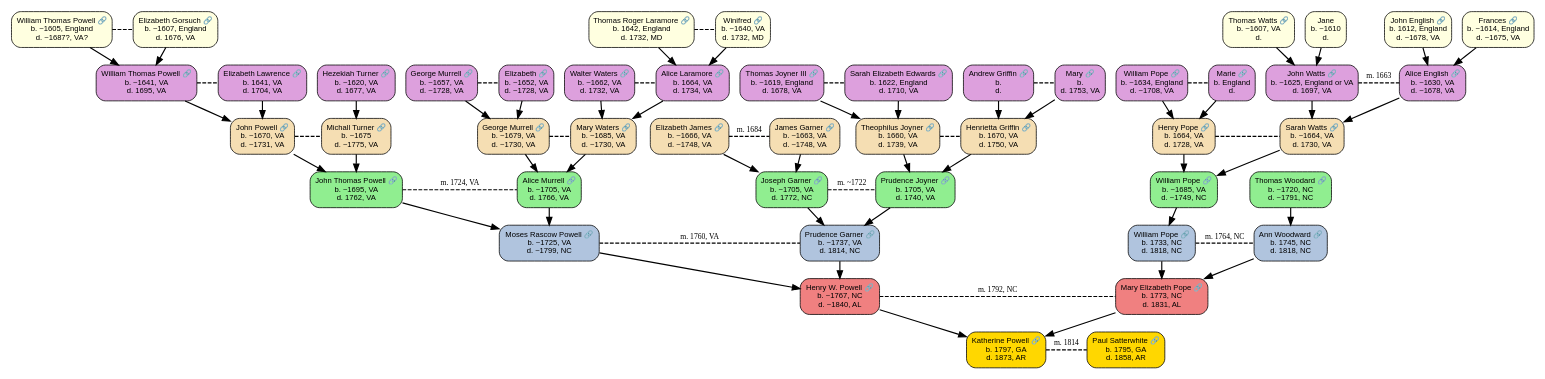
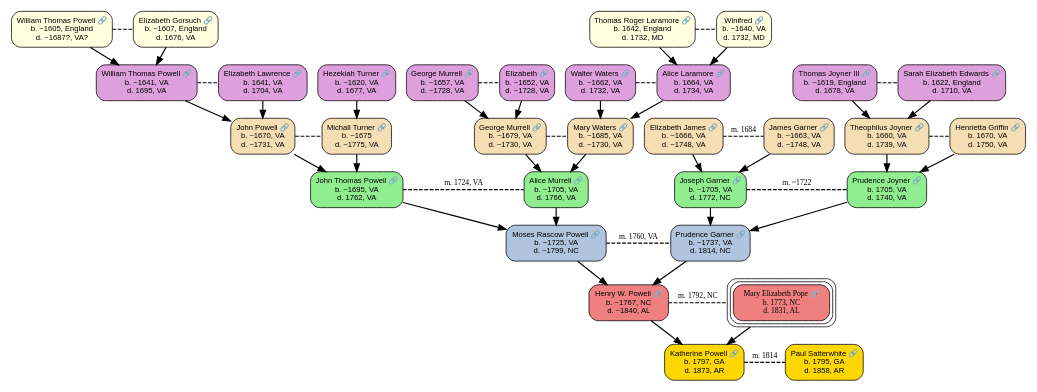
Before and after one commit to lchogal/Scott_line: the diagram in output/Scott_line_Powell_branch.dot, drawn with Graphviz. The commit also changed 11 other files, not shown here.

```diff
--- a/output/Scott_line_Powell_branch.dot
+++ b/output/Scott_line_Powell_branch.dot
@@ -12,17 +12,13 @@
     "G0_ME" [label="Katherine Powell 🔗\nb. 1797, GA\nd. 1873, AR", fillcolor="gold", style="filled,rounded", URL="https://www.wikitree.com/wiki/Powell-4847", target="_blank", tooltip=""];
     "G0_SPOUSE" [label="Paul Satterwhite 🔗\nb. 1795, GA\nd. 1858, AR", fillcolor="gold", style="filled,rounded", URL="https://ancestors.familysearch.org/en/G947-VZ1/capt.-paul-satterwhite-1795-1858", target="_blank", tooltip=""];
     "G1_FATHER" [label="Henry W. Powell 🔗\nb. ~1767, NC\nd. ~1840, AL", fillcolor="lightcoral", style="filled,rounded", URL="https://www.wikitree.com/wiki/Powell-2593", target="_blank", tooltip=""];
-    "G1_MOTHER" [label="Mary Elizabeth Pope 🔗\nb. 1773, NC\nd. 1831, AL", fillcolor="lightcoral", style="filled,rounded", URL="https://www.wikitree.com/wiki/Pope-1042", target="_blank", tooltip=""];
+    "G1_MOTHER" [label="Mary Elizabeth Pope 🔗\nb. 1773, NC\nd. 1831, AL", fillcolor="lightcoral", style="filled,rounded", peripheries=3, fontname="Arial Bold", URL="https://www.wikitree.com/wiki/Pope-1042", target="_blank", tooltip="", class="tree-connection"];
     "G2_PATERNAL_GF" [label="Moses Rascow Powell 🔗\nb. ~1725, VA\nd. ~1799, NC", fillcolor="lightsteelblue", style="filled,rounded", URL="https://www.wikitree.com/wiki/Powell-2608", target="_blank", tooltip=""];
     "G2_PATERNAL_GM" [label="Prudence Garner 🔗\nb. ~1737, VA\nd. 1814, NC", fillcolor="lightsteelblue", style="filled,rounded", URL="https://www.wikitree.com/wiki/Garner-1293", target="_blank", tooltip=""];
-    "G2_MATERNAL_GF" [label="William Pope 🔗\nb. 1733, NC\nd. 1818, NC", fillcolor="lightsteelblue", style="filled,rounded", URL="https://www.wikitree.com/wiki/Pope-4351", target="_blank", tooltip=""];
-    "G2_MATERNAL_GM" [label="Ann Woodward 🔗\nb. 1745, NC\nd. 1818, NC", fillcolor="lightsteelblue", style="filled,rounded", URL="https://www.wikitree.com/wiki/Woodard-1954", target="_blank", tooltip=""];
     "G3_POWELL_GGF" [label="John Thomas Powell 🔗\nb. ~1695, VA\nd. 1762, VA", fillcolor="lightgreen", style="filled,rounded", URL="https://www.wikitree.com/wiki/Powell-3674", target="_blank", tooltip=""];
     "G3_MURRELL_GGM" [label="Alice Murrell 🔗\nb. ~1705, VA\nd. 1766, VA", fillcolor="lightgreen", style="filled,rounded", URL="https://www.wikitree.com/wiki/Murrell-128", target="_blank", tooltip=""];
     "G3_GARNER_GGF" [label="Joseph Garner 🔗\nb. ~1705, VA\nd. 1772, NC", fillcolor="lightgreen", style="filled,rounded", URL="https://www.wikitree.com/wiki/Garner-1292", target="_blank", tooltip=""];
     "G3_JOYNER_GGM" [label="Prudence Joyner 🔗\nb. 1705, VA\nd. 1740, VA", fillcolor="lightgreen", style="filled,rounded", URL="https://www.wikitree.com/wiki/Joyner-157", target="_blank", tooltip=""];
-    "G3_POPE_GGF" [label="William Pope 🔗\nb. ~1685, VA\nd. ~1749, NC", fillcolor="lightgreen", style="filled,rounded", URL="https://www.wikitree.com/wiki/Pope-7337", target="_blank", tooltip=""];
-    "G3_WOODARD_GGF" [label="Thomas Woodard 🔗\nb. ~1720, NC\nd. ~1791, NC", fillcolor="lightgreen", style="filled,rounded", URL="https://www.wikitree.com/wiki/Woodard-1954", target="_blank", tooltip=""];
     "G4_JAMES_GGGM" [label="Elizabeth James 🔗\nb. ~1666, VA\nd. ~1748, VA", fillcolor="wheat", style="filled,rounded", URL="https://www.wikitree.com/wiki/James-24808", target="_blank", tooltip=""];
     "G4_GARNER_GGGF" [label="James Garner 🔗\nb. ~1663, VA\nd. ~1748, VA", fillcolor="wheat", style="filled,rounded", URL="https://www.wikitree.com/wiki/Garner-7084", target="_blank", tooltip=""];
     "G4_JOYNER_GGGF" [label="Theophilus Joyner 🔗\nb. 1660, VA\nd. 1739, VA", fillcolor="wheat", style="filled,rounded", URL="https://www.wikitree.com/wiki/Joyner-1515", target="_blank", tooltip=""];
@@ -31,31 +27,19 @@
     "G4_TURNER_GGGM" [label="Michall Turner 🔗\nb. ~1675\nd. ~1775, VA", fillcolor="wheat", style="filled,rounded", URL="https://www.wikitree.com/wiki/Turner-3598", target="_blank", tooltip=""];
     "G4_MURRELL_GGGF" [label="George Murrell 🔗\nb. ~1679, VA\nd. ~1730, VA", fillcolor="wheat", style="filled,rounded", URL="https://www.wikitree.com/wiki/Murrell-1704", target="_blank", tooltip=""];
     "G4_WATERS_GGGM" [label="Mary Waters 🔗\nb. ~1685, VA\nd. ~1730, VA", fillcolor="wheat", style="filled,rounded", URL="https://www.wikitree.com/wiki/Waters-11315", target="_blank", tooltip=""];
-    "G4_POPE_GGGF" [label="Henry Pope 🔗\nb. 1664, VA\nd. 1728, VA", fillcolor="wheat", style="filled,rounded", URL="https://www.wikitree.com/wiki/Pope-755", target="_blank", tooltip=""];
-    "G4_WATTS" [label="Sarah Watts 🔗\nb. ~1664, VA\nd. 1730, VA", fillcolor="wheat", style="filled,rounded", URL="https://www.wikitree.com/wiki/Watts-1211", target="_blank", tooltip=""];
     "G5_WATERS_GGGGF" [label="Walter Waters 🔗\nb. ~1662, VA\nd. 1732, VA", fillcolor="plum", style="filled,rounded", URL="https://www.wikitree.com/wiki/Waters-9328", target="_blank", tooltip=""];
     "G5_LARAMORE" [label="Alice Laramore 🔗\nb. 1664, VA\nd. 1734, VA", fillcolor="plum", style="filled,rounded", URL="https://www.wikitree.com/wiki/Laramore-9", target="_blank", tooltip=""];
     "G5_MURRELL_GGGGF" [label="George Murrell 🔗\nb. ~1657, VA\nd. ~1728, VA", fillcolor="plum", style="filled,rounded", URL="https://www.wikitree.com/wiki/Murrell-1705", target="_blank", tooltip=""];
     "G5_UNKNOWN2_GGGGM" [label="Elizabeth 🔗\nb. ~1652, VA\nd. ~1728, VA", fillcolor="plum", style="filled,rounded", URL="https://www.wikitree.com/wiki/Unknown-677793", target="_blank", tooltip=""];
     "G5_JOYNER_GGGGF" [label="Thomas Joyner III 🔗\nb. ~1619, England\nd. 1678, VA", fillcolor="plum", style="filled,rounded", URL="https://www.wikitree.com/wiki/Joyner-66", target="_blank", tooltip=""];
     "G5_EDWARDS_GGGGM" [label="Sarah Elizabeth Edwards 🔗\nb. 1622, England\nd. 1710, VA", fillcolor="plum", style="filled,rounded", URL="https://www.wikitree.com/wiki/Edwards-14454", target="_blank", tooltip=""];
-    "G5_GRIFFIN_GGGGF" [label="Andrew Griffin 🔗\nb.\nd.", fillcolor="plum", style="filled,rounded", URL="https://www.wikitree.com/wiki/Griffin-1272", target="_blank", tooltip=""];
-    "G5_UNKNOWN_GGGGM" [label="Mary 🔗\nb.\nd. 1753, VA", fillcolor="plum", style="filled,rounded", URL="https://www.wikitree.com/wiki/Griffin-1272", target="_blank", tooltip=""];
     "G5_POWELL_GGGGF" [label="William Thomas Powell 🔗\nb. ~1641, VA\nd. 1695, VA", fillcolor="plum", style="filled,rounded", URL="https://www.wikitree.com/wiki/Powell-259", target="_blank", tooltip=""];
     "G5_LAWRENCE_GGGGM" [label="Elizabeth Lawrence 🔗\nb. 1641, VA\nd. 1704, VA", fillcolor="plum", style="filled,rounded", URL="https://www.wikitree.com/wiki/Lawrence-2199", target="_blank", tooltip=""];
     "G5_TURNER_GGGGF" [label="Hezekiah Turner 🔗\nb. ~1620, VA\nd. 1677, VA", fillcolor="plum", style="filled,rounded", URL="https://www.wikitree.com/wiki/Turner-3599", target="_blank", tooltip=""];
-    "G5_POPE_GGGGF" [label="William Pope 🔗\nb. ~1634, England\nd. ~1708, VA", fillcolor="plum", style="filled,rounded", URL="https://www.wikitree.com/wiki/Pope-1817", target="_blank", tooltip=""];
-    "G5_UNKNOWN3_GGGGM" [label="Marie 🔗\nb. England\nd.", fillcolor="plum", style="filled,rounded", URL="https://www.wikitree.com/wiki/Pope-1817", target="_blank", tooltip=""];
-    "G5_WATTS_GGGGF" [label="John Watts 🔗\nb. ~1625, England or VA\nd. 1697, VA", fillcolor="plum", style="filled,rounded", URL="https://www.wikitree.com/wiki/Watts-3094", target="_blank", tooltip=""];
-    "G5_ENGLISH_GGGGM" [label="Alice English 🔗\nb. ~1630, VA\nd. ~1678, VA", fillcolor="plum", style="filled,rounded", URL="https://www.wikitree.com/wiki/English-1316", target="_blank", tooltip=""];
     "G6_POWELL_GGGGGF" [label="William Thomas Powell 🔗\nb. ~1605, England\nd. ~1687?, VA?", fillcolor="lightyellow", style="filled,rounded", URL="https://www.wikitree.com/wiki/Powell-260", target="_blank", tooltip=""];
     "G6_GORSUCH_GGGGGM" [label="Elizabeth Gorsuch 🔗\nb. ~1607, England\nd. 1676, VA", fillcolor="lightyellow", style="filled,rounded", URL="https://www.wikitree.com/wiki/Gorsuch-284", target="_blank", tooltip=""];
     "G6_LARAMORE_GGGGGF" [label="Thomas Roger Laramore 🔗\nb. 1642, England\nd. 1732, MD", fillcolor="lightyellow", style="filled,rounded", URL="https://www.wikitree.com/wiki/Laramore-134", target="_blank", tooltip=""];
     "G6_UNKNOWN3_GGGGGM" [label="Winifred 🔗\nb. ~1640, VA\nd. 1732, MD", fillcolor="lightyellow", style="filled,rounded", URL="https://www.wikitree.com/wiki/Unknown-678027", target="_blank", tooltip=""];
-    "G6_ENGLISH_GGGGGF" [label="John English 🔗\nb. 1612, England\nd. ~1678, VA", fillcolor="lightyellow", style="filled,rounded", URL="https://www.wikitree.com/wiki/English-2396", target="_blank", tooltip=""];
-    "G6_UNKNOWN4_GGGGGM" [label="Frances 🔗\nb. ~1614, England\nd. ~1675, VA", fillcolor="lightyellow", style="filled,rounded", URL="https://www.wikitree.com/wiki/Watts-3094", target="_blank", tooltip=""];
-    "G6_WATTS_GGGGGF" [label="Thomas Watts 🔗\nb. ~1607, VA\nd.", fillcolor="lightyellow", style="filled,rounded", URL="https://www.wikitree.com/wiki/Watts-3094", target="_blank", tooltip=""];
-    "G6_UNKNOWN5_GGGGGM" [label="Jane\nb. ~1610\nd.", fillcolor="lightyellow", style="filled,rounded", tooltip=""];
     
     // Tree navigation connection boxes
     
@@ -66,8 +50,6 @@
     "G1_FATHER" -> "G1_MOTHER" [dir=none, color=black, style=dashed, constraint=false, label="m. 1792, NC", fontsize=10, fontcolor=black];
     {rank=same; "G2_PATERNAL_GF"; "G2_PATERNAL_GM"};
     "G2_PATERNAL_GF" -> "G2_PATERNAL_GM" [dir=none, color=black, style=dashed, constraint=false, label="m. 1760, VA", fontsize=10, fontcolor=black];
-    {rank=same; "G2_MATERNAL_GF"; "G2_MATERNAL_GM"};
-    "G2_MATERNAL_GF" -> "G2_MATERNAL_GM" [dir=none, color=black, style=dashed, constraint=false, label="m. 1764, NC", fontsize=10, fontcolor=black];
     {rank=same; "G3_POWELL_GGF"; "G3_MURRELL_GGM"};
     "G3_POWELL_GGF" -> "G3_MURRELL_GGM" [dir=none, color=black, style=dashed, constraint=false, label="m. 1724, VA", fontsize=10, fontcolor=black];
     {rank=same; "G3_GARNER_GGF"; "G3_JOYNER_GGM"};
@@ -80,22 +62,14 @@
     "G4_POWELL_GGGF" -> "G4_TURNER_GGGM" [dir=none, color=black, style=dashed, constraint=false];
     {rank=same; "G4_MURRELL_GGGF"; "G4_WATERS_GGGM"};
     "G4_MURRELL_GGGF" -> "G4_WATERS_GGGM" [dir=none, color=black, style=dashed, constraint=false];
-    {rank=same; "G4_POPE_GGGF"; "G4_WATTS"};
-    "G4_POPE_GGGF" -> "G4_WATTS" [dir=none, color=black, style=dashed, constraint=false];
     {rank=same; "G5_WATERS_GGGGF"; "G5_LARAMORE"};
     "G5_WATERS_GGGGF" -> "G5_LARAMORE" [dir=none, color=black, style=dashed, constraint=false];
     {rank=same; "G5_MURRELL_GGGGF"; "G5_UNKNOWN2_GGGGM"};
     "G5_MURRELL_GGGGF" -> "G5_UNKNOWN2_GGGGM" [dir=none, color=black, style=dashed, constraint=false];
     {rank=same; "G5_JOYNER_GGGGF"; "G5_EDWARDS_GGGGM"};
     "G5_JOYNER_GGGGF" -> "G5_EDWARDS_GGGGM" [dir=none, color=black, style=dashed, constraint=false];
-    {rank=same; "G5_GRIFFIN_GGGGF"; "G5_UNKNOWN_GGGGM"};
-    "G5_GRIFFIN_GGGGF" -> "G5_UNKNOWN_GGGGM" [dir=none, color=black, style=dashed, constraint=false];
     {rank=same; "G5_POWELL_GGGGF"; "G5_LAWRENCE_GGGGM"};
     "G5_POWELL_GGGGF" -> "G5_LAWRENCE_GGGGM" [dir=none, color=black, style=dashed, constraint=false];
-    {rank=same; "G5_POPE_GGGGF"; "G5_UNKNOWN3_GGGGM"};
-    "G5_POPE_GGGGF" -> "G5_UNKNOWN3_GGGGM" [dir=none, color=black, style=dashed, constraint=false];
-    {rank=same; "G5_WATTS_GGGGF"; "G5_ENGLISH_GGGGM"};
-    "G5_WATTS_GGGGF" -> "G5_ENGLISH_GGGGM" [dir=none, color=black, style=dashed, constraint=false, label="m. 1663", fontsize=10, fontcolor=black];
     {rank=same; "G6_POWELL_GGGGGF"; "G6_GORSUCH_GGGGGM"};
     "G6_POWELL_GGGGGF" -> "G6_GORSUCH_GGGGGM" [dir=none, color=black, style=dashed, constraint=false];
     {rank=same; "G6_LARAMORE_GGGGGF"; "G6_UNKNOWN3_GGGGGM"};
@@ -106,14 +80,10 @@
     "G1_MOTHER" -> "G0_ME";
     "G2_PATERNAL_GF" -> "G1_FATHER";
     "G2_PATERNAL_GM" -> "G1_FATHER";
-    "G2_MATERNAL_GF" -> "G1_MOTHER";
-    "G2_MATERNAL_GM" -> "G1_MOTHER";
     "G3_POWELL_GGF" -> "G2_PATERNAL_GF";
     "G3_MURRELL_GGM" -> "G2_PATERNAL_GF";
     "G3_GARNER_GGF" -> "G2_PATERNAL_GM";
     "G3_JOYNER_GGM" -> "G2_PATERNAL_GM";
-    "G3_POPE_GGF" -> "G2_MATERNAL_GF";
-    "G3_WOODARD_GGF" -> "G2_MATERNAL_GM";
     "G4_POWELL_GGGF" -> "G3_POWELL_GGF";
     "G4_TURNER_GGGM" -> "G3_POWELL_GGF";
     "G4_MURRELL_GGGF" -> "G3_MURRELL_GGM";
@@ -122,12 +92,8 @@
     "G4_JAMES_GGGM" -> "G3_GARNER_GGF";
     "G4_JOYNER_GGGF" -> "G3_JOYNER_GGM";
     "G4_GRIFFIN_GGGM" -> "G3_JOYNER_GGM";
-    "G4_POPE_GGGF" -> "G3_POPE_GGF";
-    "G4_WATTS" -> "G3_POPE_GGF";
     "G5_JOYNER_GGGGF" -> "G4_JOYNER_GGGF";
     "G5_EDWARDS_GGGGM" -> "G4_JOYNER_GGGF";
-    "G5_GRIFFIN_GGGGF" -> "G4_GRIFFIN_GGGM";
-    "G5_UNKNOWN_GGGGM" -> "G4_GRIFFIN_GGGM";
     "G5_POWELL_GGGGF" -> "G4_POWELL_GGGF";
     "G5_LAWRENCE_GGGGM" -> "G4_POWELL_GGGF";
     "G5_TURNER_GGGGF" -> "G4_TURNER_GGGM";
@@ -135,16 +101,8 @@
     "G5_UNKNOWN2_GGGGM" -> "G4_MURRELL_GGGF";
     "G5_WATERS_GGGGF" -> "G4_WATERS_GGGM";
     "G5_LARAMORE" -> "G4_WATERS_GGGM";
-    "G5_POPE_GGGGF" -> "G4_POPE_GGGF";
-    "G5_UNKNOWN3_GGGGM" -> "G4_POPE_GGGF";
-    "G5_WATTS_GGGGF" -> "G4_WATTS";
-    "G5_ENGLISH_GGGGM" -> "G4_WATTS";
     "G6_LARAMORE_GGGGGF" -> "G5_LARAMORE";
     "G6_UNKNOWN3_GGGGGM" -> "G5_LARAMORE";
     "G6_POWELL_GGGGGF" -> "G5_POWELL_GGGGF";
     "G6_GORSUCH_GGGGGM" -> "G5_POWELL_GGGGF";
-    "G6_WATTS_GGGGGF" -> "G5_WATTS_GGGGF";
-    "G6_UNKNOWN5_GGGGGM" -> "G5_WATTS_GGGGF";
-    "G6_ENGLISH_GGGGGF" -> "G5_ENGLISH_GGGGM";
-    "G6_UNKNOWN4_GGGGGM" -> "G5_ENGLISH_GGGGM";
 }
```
